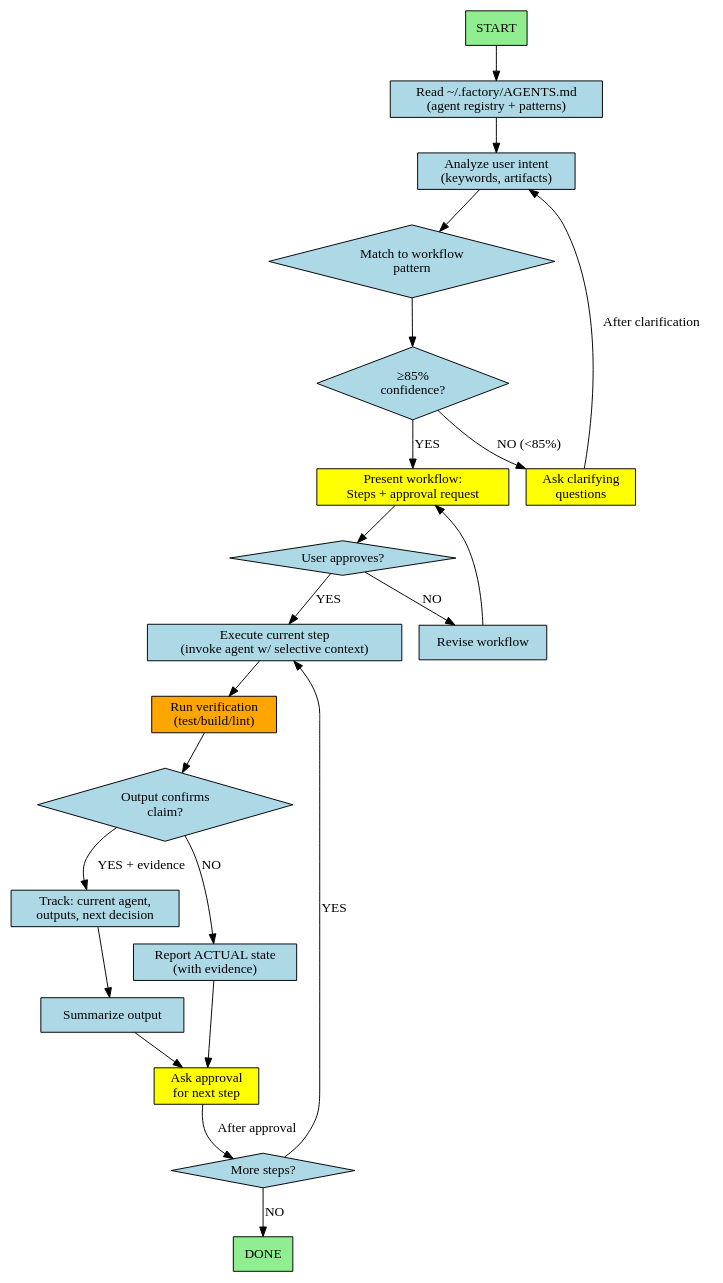
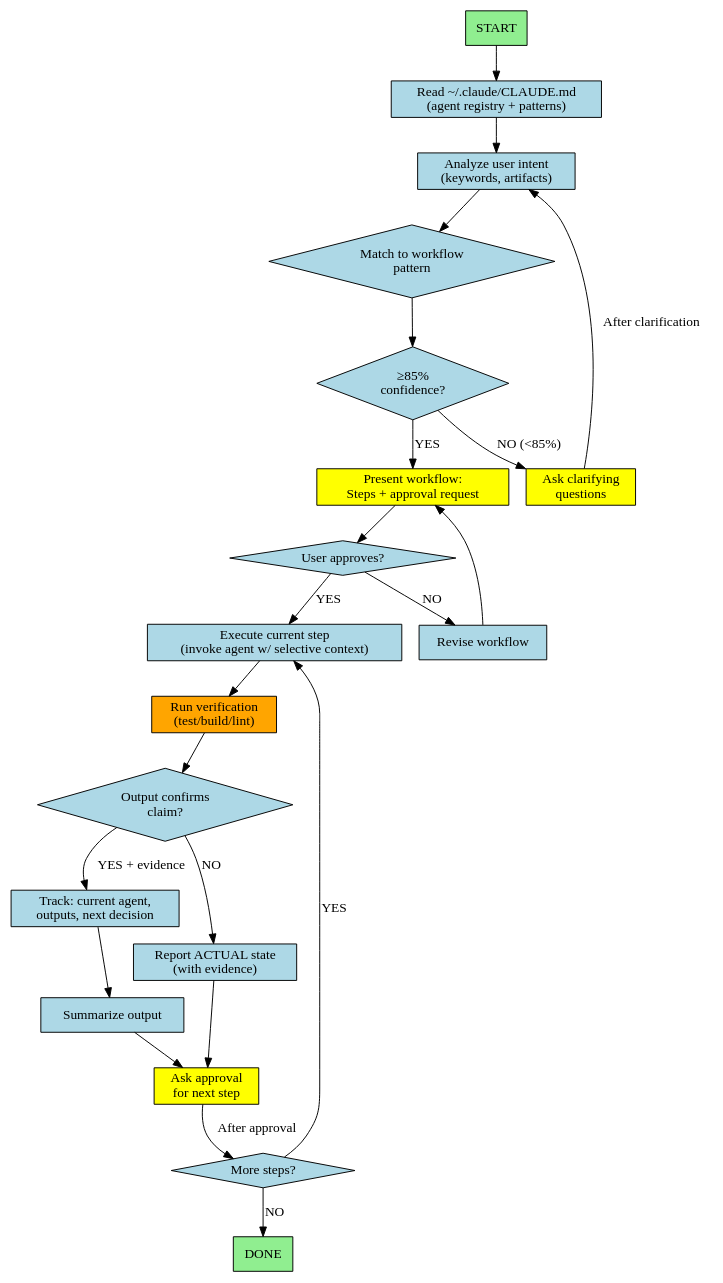
One commit to amrhas82/agentic-toolkit changed the diagram in ai/subagentic/droid/droids/orchestrator.md. Above: the diagram before and after it, drawn with Graphviz. The commit also changed other lines of this file and 74 other files, not shown here.

First line of the commit message:
Agent Consolidation: 15→14 agents, 22→11 core skills

````diff
--- a/ai/subagentic/droid/droids/orchestrator.md
+++ b/ai/subagentic/droid/droids/orchestrator.md
@@ -12,47 +12,47 @@
 ```dot
 digraph Orchestrator {
   rankdir=TB;
   node [shape=box, style=filled, fillcolor=lightblue];
 
   start [label="START", fillcolor=lightgreen];
-  read_droid [label="Read ~/.factory/AGENTS.md\n(agent registry + patterns)"];
+  read_claude [label="Read ~/.claude/CLAUDE.md\n(agent registry + patterns)"];
   analyze_intent [label="Analyze user intent\n(keywords, artifacts)"];
   match_pattern [label="Match to workflow\npattern", shape=diamond];
   confidence [label="≥85%\nconfidence?", shape=diamond];
   ask_clarify [label="Ask clarifying\nquestions", fillcolor=yellow];
   present_workflow [label="Present workflow:\nSteps + approval request", fillcolor=yellow];
   approval [label="User approves?", shape=diamond];
   revise [label="Revise workflow"];
   execute_step [label="Execute current step\n(invoke agent w/ selective context)"];
   verify_claim [label="Run verification\n(test/build/lint)", fillcolor=orange];
   claim_valid [label="Output confirms\nclaim?", shape=diamond];
   report_actual [label="Report ACTUAL state\n(with evidence)"];
   summarize [label="Summarize output"];
   ask_next [label="Ask approval\nfor next step", fillcolor=yellow];
   more_steps [label="More steps?", shape=diamond];
   track_state [label="Track: current agent,\noutputs, next decision"];
   done [label="DONE", fillcolor=lightgreen];
 
-  start -> read_droid;
-  read_droid -> analyze_intent;
+  start -> read_claude;
+  read_claude -> analyze_intent;
   analyze_intent -> match_pattern;
   match_pattern -> confidence;
   confidence -> ask_clarify [label="NO (<85%)"];
   confidence -> present_workflow [label="YES"];
   ask_clarify -> analyze_intent [label="After clarification"];
   present_workflow -> approval;
   approval -> revise [label="NO"];
   approval -> execute_step [label="YES"];
   revise -> present_workflow;
   execute_step -> verify_claim;
   verify_claim -> claim_valid;
   claim_valid -> track_state [label="YES + evidence"];
   claim_valid -> report_actual [label="NO"];
   report_actual -> ask_next;
   track_state -> summarize;
   summarize -> ask_next;
   ask_next -> more_steps [label="After approval"];
   more_steps -> execute_step [label="YES"];
   more_steps -> done [label="NO"];
 }
 ```
````
